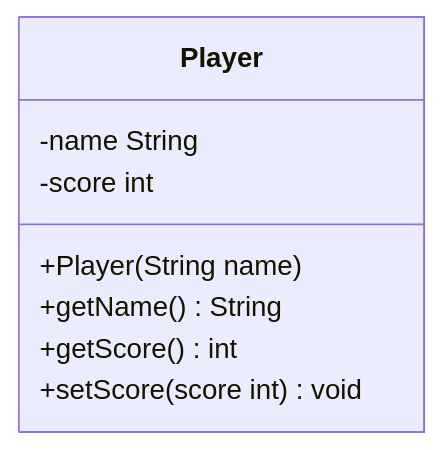
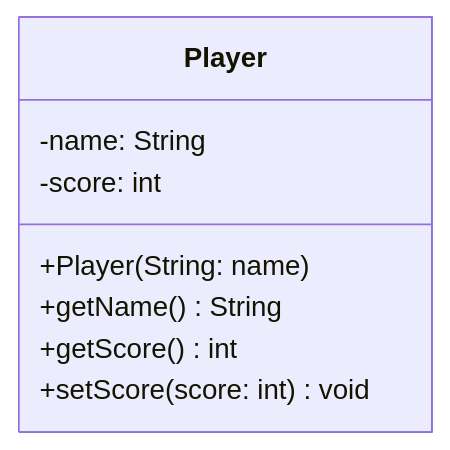
One commit to jappuccini/java-docs changed the diagram in docs/exercises/uml/class-diagrams01.mdx. Above: the diagram before and after it, drawn with Mermaid. The commit also changed other lines of this file and 76 other files, not shown here.

Commit message:
uml fixes (colons, properties), headline fixes (italic) and exam result updates

````diff
--- a/docs/exercises/uml/class-diagrams01.mdx
+++ b/docs/exercises/uml/class-diagrams01.mdx
@@ -17,12 +17,12 @@
 ```mermaid
 classDiagram
 
     class Player {
-        -name String
-        -score int
-        +Player(String name)
+        -name: String
+        -score: int
+        +Player(String: name)
         +getName() String
         +getScore() int
-        +setScore(score int) void
+        +setScore(score: int) void
     }
 ```
````
